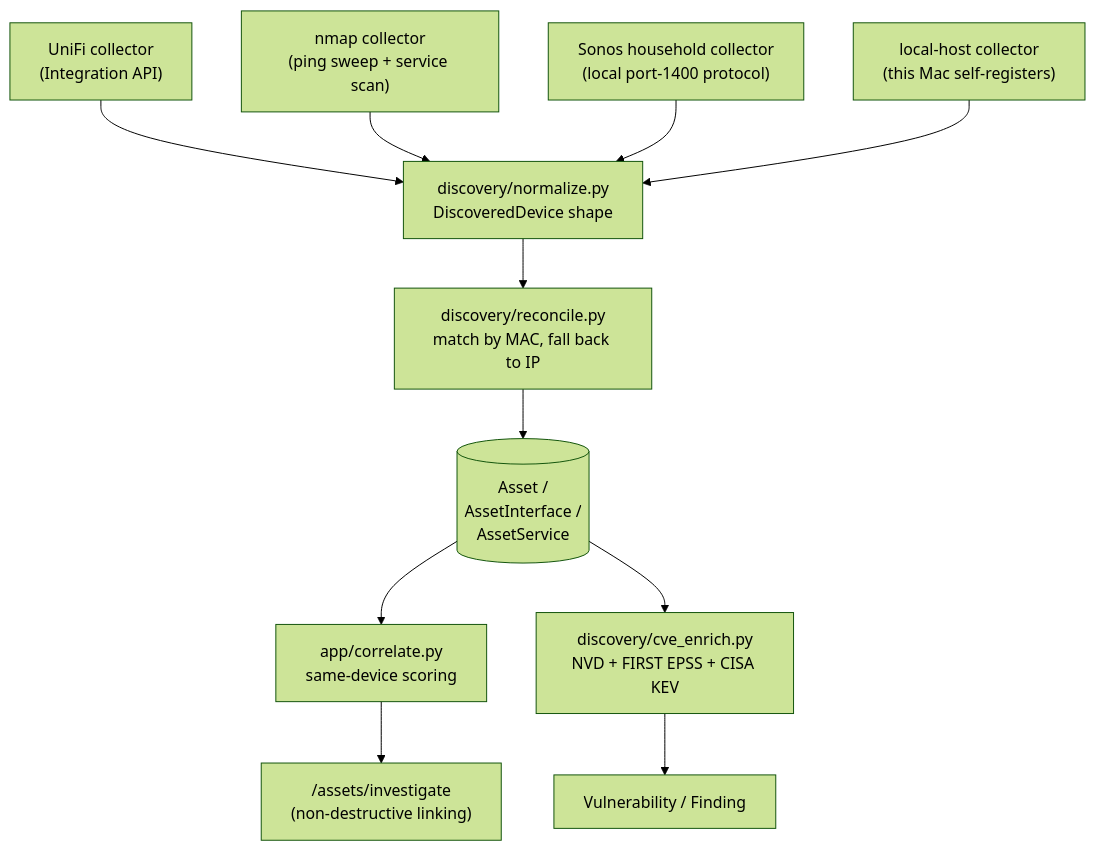
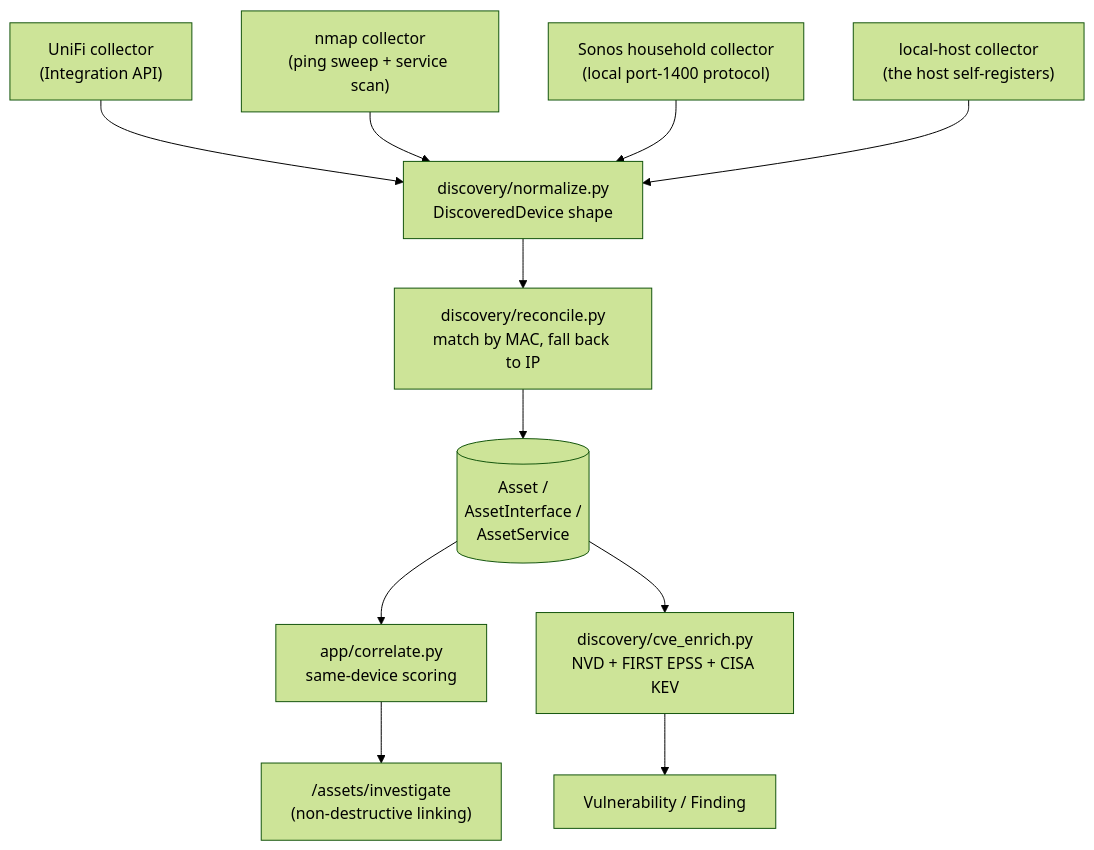
One commit to rohitafish/home-asset-manager changed the second of 4 diagrams in wiki-drafts/Architecture-Deep-Dive.md. Above: the diagram before and after it, drawn with Mermaid (forest theme). The commit also changed other lines of this file and 8 other files, not shown here.

````diff
--- a/wiki-drafts/Architecture-Deep-Dive.md
+++ b/wiki-drafts/Architecture-Deep-Dive.md
@@ -39,13 +39,13 @@
 ```mermaid
 flowchart TD
     UniFi["UniFi collector\n(Integration API)"] --> Normalize
     Nmap["nmap collector\n(ping sweep + service scan)"] --> Normalize
     Sonos["Sonos household collector\n(local port-1400 protocol)"] --> Normalize
-    LocalHost["local-host collector\n(this Mac self-registers)"] --> Normalize
+    LocalHost["local-host collector\n(the host self-registers)"] --> Normalize
     Normalize["discovery/normalize.py\nDiscoveredDevice shape"] --> Reconcile
     Reconcile["discovery/reconcile.py\nmatch by MAC, fall back to IP"] --> DB[("Asset /\nAssetInterface /\nAssetService")]
     DB --> Correlate["app/correlate.py\nsame-device scoring"]
     Correlate --> Investigate["/assets/investigate\n(non-destructive linking)"]
     DB --> Enrich["discovery/cve_enrich.py\nNVD + FIRST EPSS + CISA KEV"]
     Enrich --> Findings["Vulnerability / Finding"]
 ```
````
